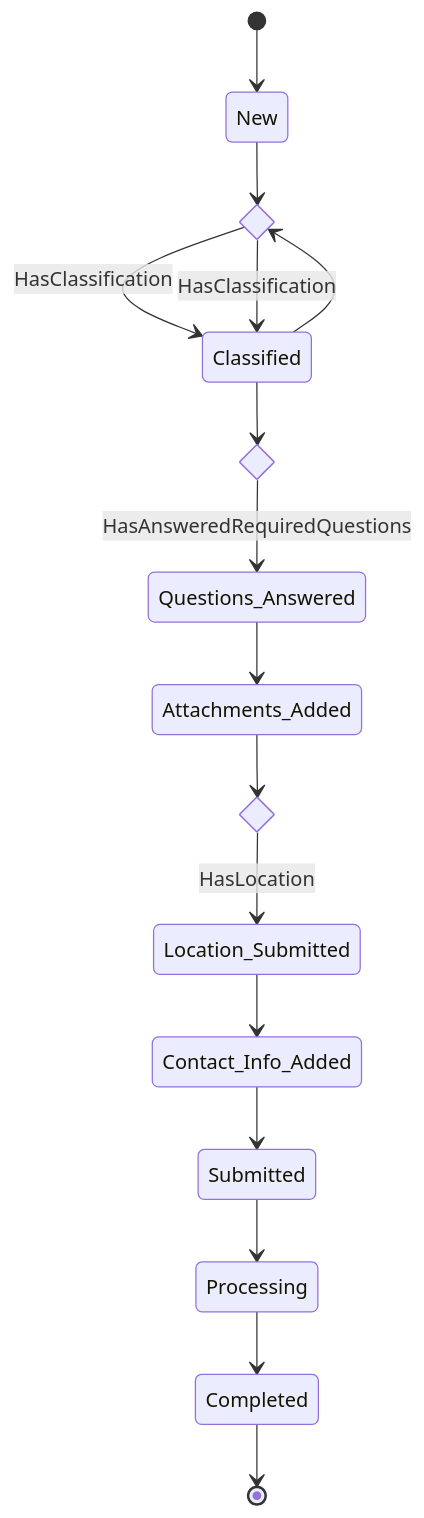
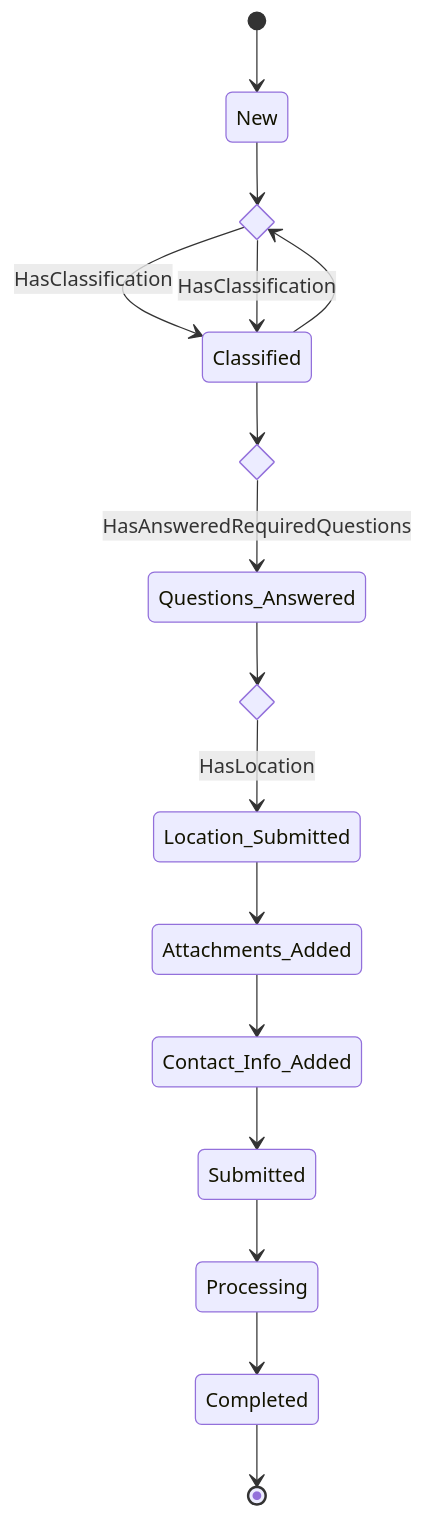
The diagram in docs/statemachine.md (Amsterdam/meldingen), drawn with Mermaid before and after one commit. The commit also changed 4 other files, not shown here.

Commit message:
change order of transition to make sure location is submitted before attachments are added

````diff
--- a/docs/statemachine.md
+++ b/docs/statemachine.md
@@ -3,21 +3,21 @@
 ```mermaid
 stateDiagram-v2
     [*] --> New
     state HasClassification <<choice>>
     New --> HasClassification
     HasClassification --> Classified: HasClassification
     Classified --> HasClassification
     HasClassification --> Classified: HasClassification
     state HasAnsweredRequiredQuestions <<choice>>
     Classified --> HasAnsweredRequiredQuestions
     HasAnsweredRequiredQuestions --> Questions_Answered: HasAnsweredRequiredQuestions
-    Questions_Answered --> Attachments_Added
     state HasLocation <<choice>>
-    Attachments_Added --> HasLocation
+    Questions_Answered --> HasLocation
     HasLocation --> Location_Submitted: HasLocation
-    Location_Submitted --> Contact_Info_Added
+    Location_Submitted --> Attachments_Added
+    Attachments_Added --> Contact_Info_Added
     Contact_Info_Added --> Submitted
     Submitted --> Processing
     Processing --> Completed
     Completed --> [*]
 ```
````
